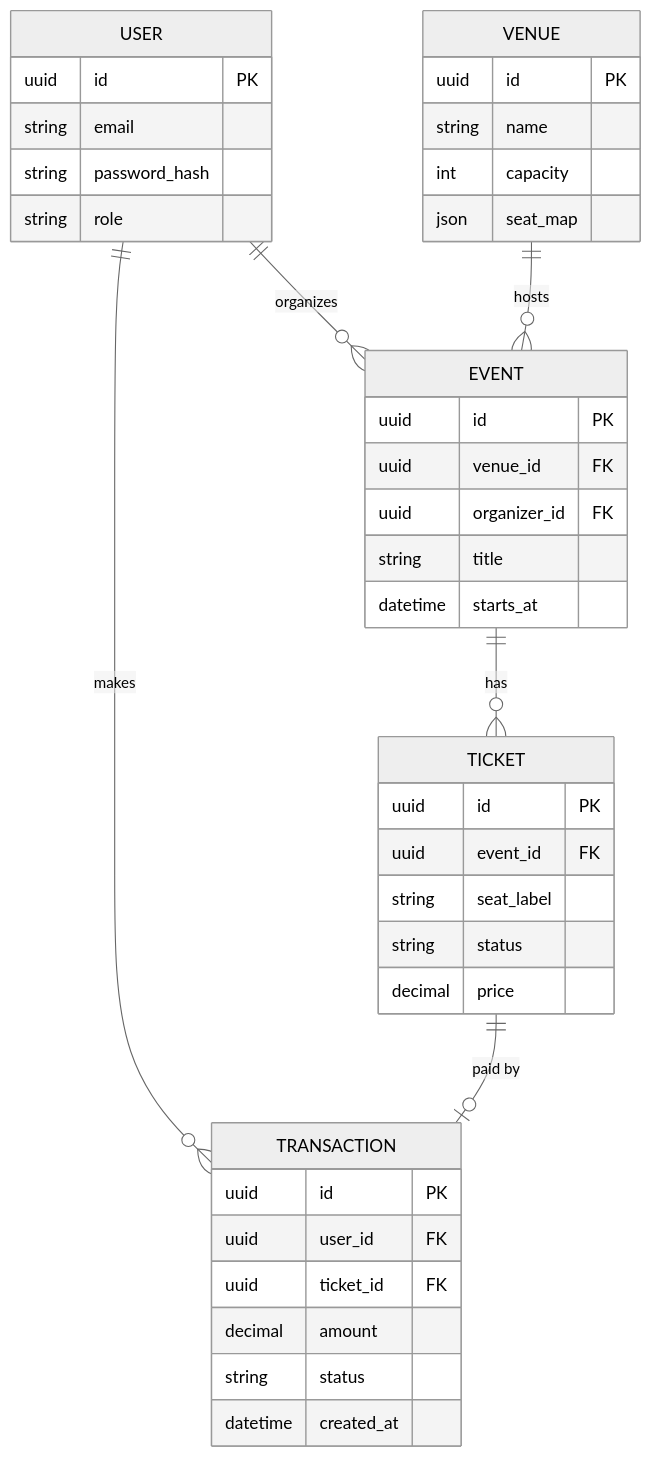
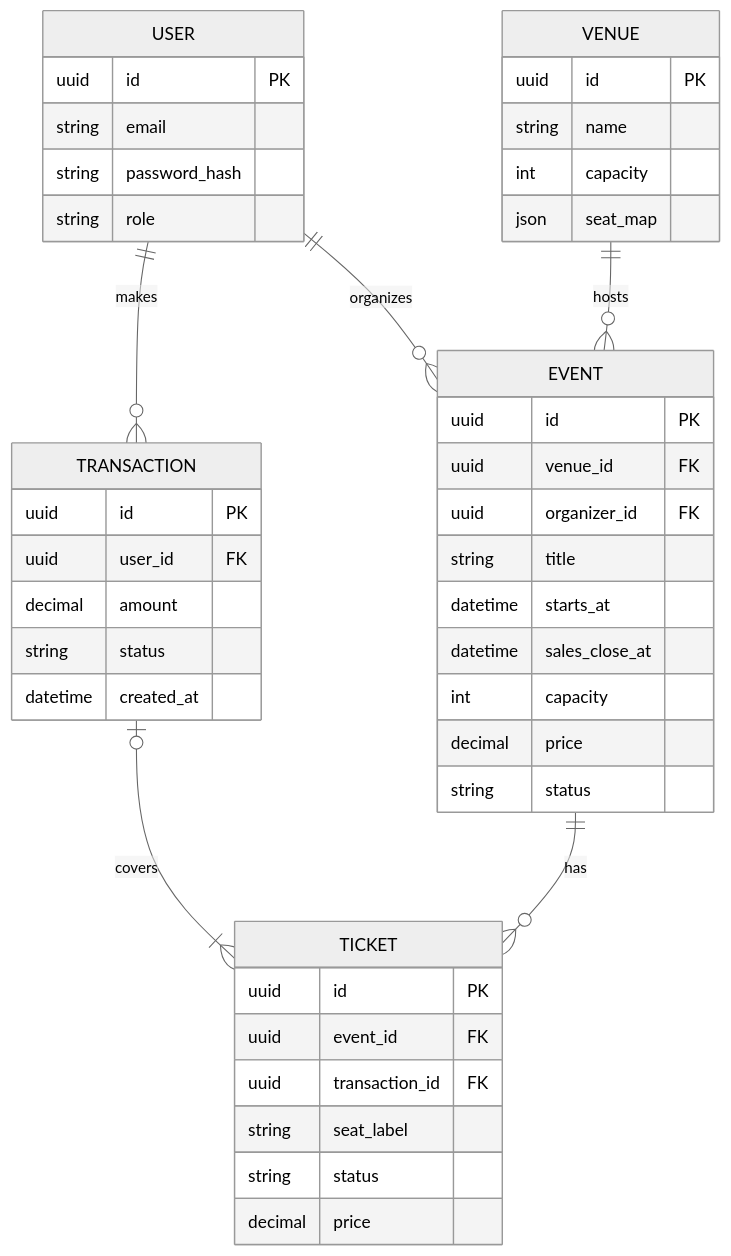
Before and after one commit to hrytsykvl/Ticketium: the third of 4 diagrams in docs/ARCHITECTURE.md, drawn with Mermaid (neutral theme).

Commit message:
docs: align ERD with API (transaction covers many tickets, event fields)

````diff
--- a/docs/ARCHITECTURE.md
+++ b/docs/ARCHITECTURE.md
@@ -80,43 +80,47 @@
 ```mermaid
 erDiagram
     USER ||--o{ TRANSACTION : makes
     USER ||--o{ EVENT : organizes
     VENUE ||--o{ EVENT : hosts
     EVENT ||--o{ TICKET : has
-    TICKET ||--o| TRANSACTION : "paid by"
+    TRANSACTION |o--|{ TICKET : covers
 
     USER {
         uuid id PK
         string email
         string password_hash
         string role
     }
     VENUE {
         uuid id PK
         string name
         int capacity
         json seat_map
     }
     EVENT {
         uuid id PK
         uuid venue_id FK
         uuid organizer_id FK
         string title
         datetime starts_at
+        datetime sales_close_at
+        int capacity
+        decimal price
+        string status
     }
     TICKET {
         uuid id PK
         uuid event_id FK
+        uuid transaction_id FK
         string seat_label
         string status
         decimal price
     }
     TRANSACTION {
         uuid id PK
         uuid user_id FK
-        uuid ticket_id FK
         decimal amount
         string status
         datetime created_at
     }
 ```
````
